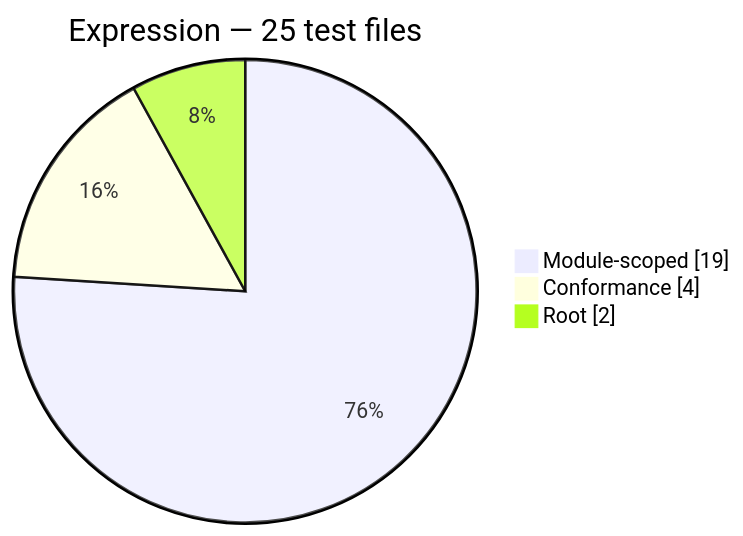
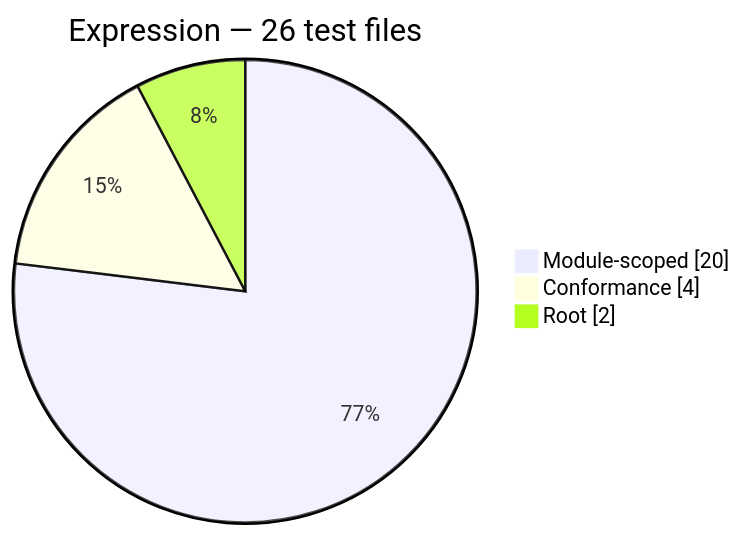
One commit to PHP-Arazzo/php-arazzo changed the second of 13 diagrams in docs/generated/test-composition.md. Above: the diagram before and after it, drawn with Mermaid. The commit also changed other lines of this file and 51 other files, not shown here.

````diff
--- a/docs/generated/test-composition.md
+++ b/docs/generated/test-composition.md
@@ -28,7 +28,7 @@
 ```mermaid
 pie showData
-    title Expression — 25 test files
-    "Module-scoped": 19
+    title Expression — 26 test files
+    "Module-scoped": 20
     "Conformance": 4
     "Root": 2
 ```
````
